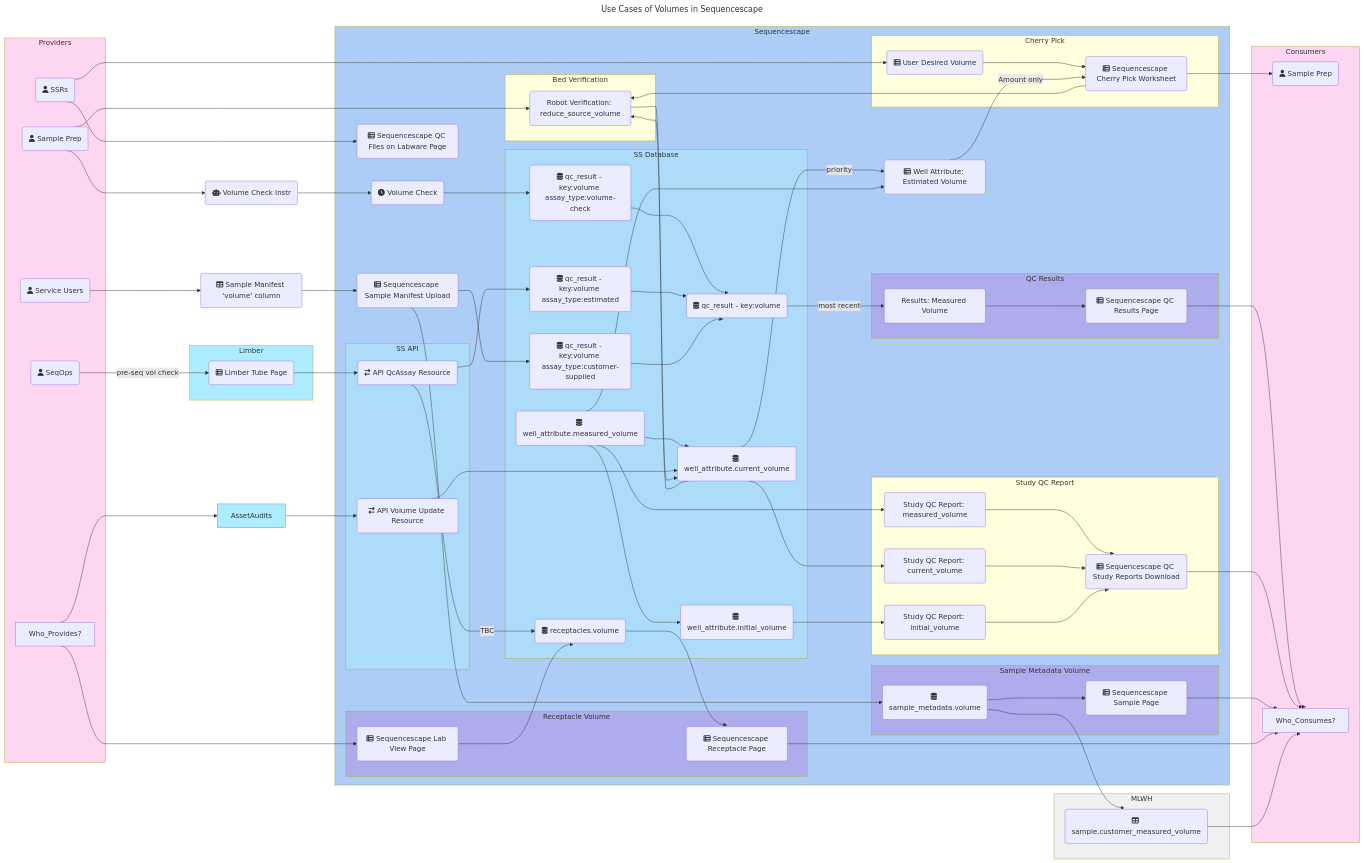
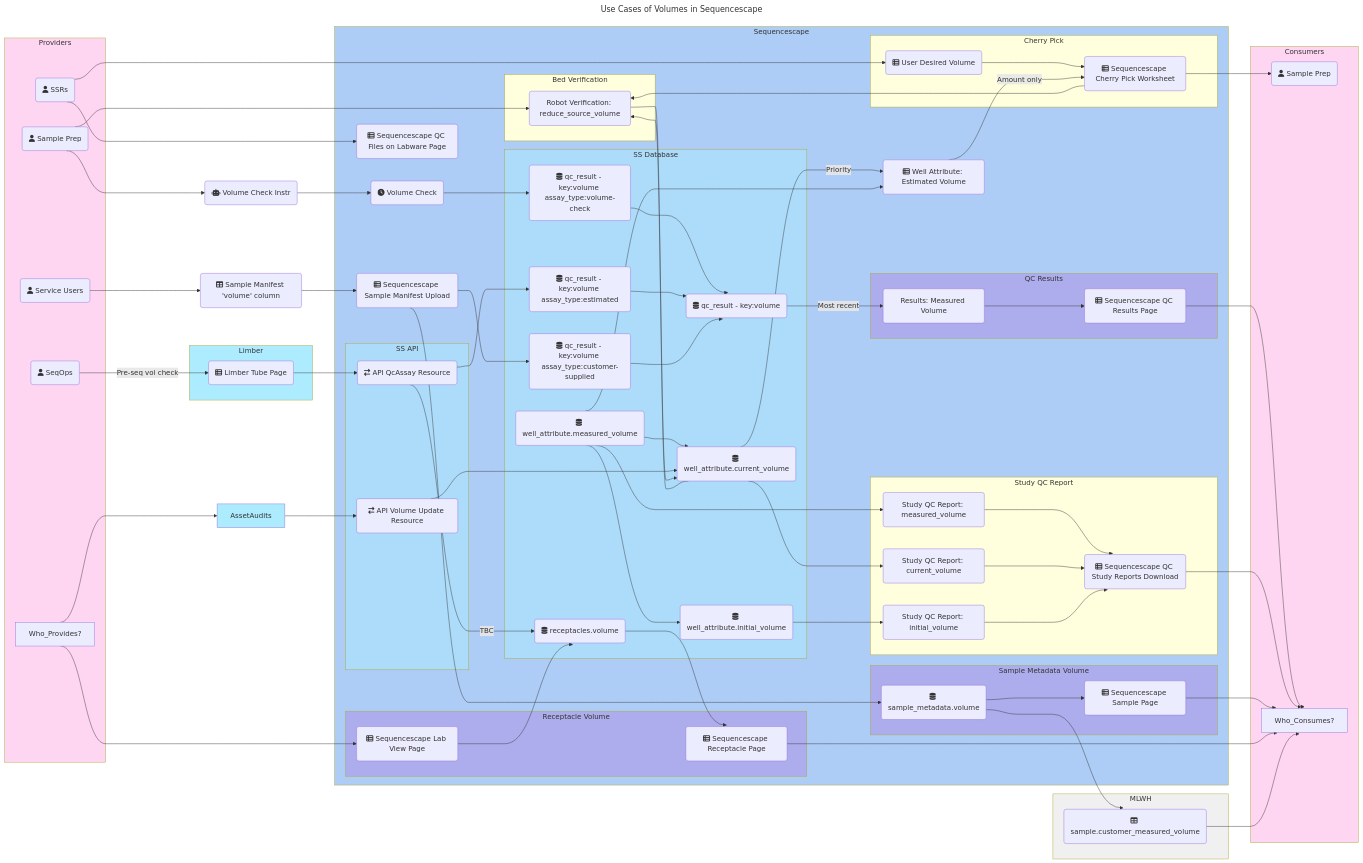
One commit to sanger/sequencescape changed the diagram in volume-uses.mermaid. Above: the diagram before and after it, drawn with Mermaid.

Commit message:
Sentence-case arrow labels

```diff
--- a/volume-uses.mermaid
+++ b/volume-uses.mermaid
@@ -1,169 +1,169 @@
 ---
 title: Use Cases of Volumes in Sequencescape
 ---
 %%{ init: { 
     'flowchart': { 'curve': 'bumpX' },  
     'theme': 'default'
   }
 }%%
 flowchart LR
     %% Nodes
         %% Users
         User_ServiceUsers(fa:fa-user Service Users)
         User_SeqOps(fa:fa-user SeqOps)
         Provider_SamplePrep(fa:fa-user Sample Prep)
         Consumer_SamplePrep(fa:fa-user Sample Prep)
         User_VolCheckInstr(fa:fa-robot Volume Check Instr)
         User_SSR(fa:fa-user SSRs)
         %% Interface
         Pg_LB_Tube(fa:fa-table-list Limber Tube Page)
         Pg_SS_CherryPickWorksheet(fa:fa-table-list Sequencescape Cherry Pick Worksheet)
         Pg_SS_LabView(fa:fa-table-list Sequencescape Lab View Page)
         Pg_SS_QcFileLabware(fa:fa-table-list Sequencescape QC Files on Labware Page)
         Pg_SS_QcResults(fa:fa-table-list Sequencescape QC Results Page)
         Pg_SS_QcStudyReports(fa:fa-table-list Sequencescape QC Study Reports Download)
         Pg_SS_Receptacle(fa:fa-table-list Sequencescape Receptacle Page)
         Pg_SS_Sample(fa:fa-table-list Sequencescape Sample Page)
         Pg_SS_SampleManifestUpload(fa:fa-table-list Sequencescape Sample Manifest Upload)
         %% Components
         CP_SS_DesiredVolume(fa:fa-table-list User Desired Volume)
         CP_SS_CronVolumeCheck(fa:fa-clock Volume Check)
         CP_SS_RobotVerfication(Robot Verification: reduce_source_volume)
         CP_SS_WellAttrEstVol(fa:fa-table-list Well Attribute: Estimated Volume)
         CP_SS_QcResults_MeasVol(Results: Measured Volume)
         CP_SS_StudyReports_MeasVol(Study QC Report: measured_volume)
         CP_SS_StudyReports_CurrentVol(Study QC Report: current_volume)
         CP_SS_StudyReports_InitialVol(Study QC Report: initial_volume)
         %% API
         API_SS_QcAssayResource(fa:fa-arrow-right-arrow-left API QcAssay Resource)
         API_SS_VolumeUpdateResource(fa:fa-arrow-right-arrow-left API Volume Update Resource)
         %% Data
         Mn_SampleVolCol(fa:fa-table Sample Manifest 'volume' column)
         DB_SS_ReceptaclesVol(fa:fa-database receptacles.volume)
         DB_SS_SampleMetDatVol(fa:fa-database sample_metadata.volume)
         DB_SS_QcResultVol(fa:fa-database qc_result - key:volume)
         DB_SS_QcResultVolEst(fa:fa-database qc_result - key:volume assay_type:estimated)
         DB_SS_QcResultVolChk(fa:fa-database qc_result - key:volume assay_type:volume-check)
         DB_SS_QcResultVolCusSup(fa:fa-database qc_result - key:volume assay_type:customer-supplied)
         DB_SS_WellAttrIniVol(fa:fa-database well_attribute.initial_volume)
         DB_SS_WellAttrCurrVol(fa:fa-database well_attribute.current_volume)
         DB_SS_WellAttrMeasVol(fa:fa-database well_attribute.measured_volume)
         DB_MLWH_SampleCustMeasVol(fa:fa-table sample.customer_measured_volume)
 
     %% Groupings of nodes
         subgraph Providers
             User_ServiceUsers
             Provider_SamplePrep
             User_SeqOps
             User_SSR
             %% User_VolCheckInstr
             Who_Provides?
         end
         subgraph Limber
             Pg_LB_Tube
         end
         subgraph Sequencescape
             CP_SS_CronVolumeCheck
             CP_SS_WellAttrEstVol
             Pg_SS_QcFileLabware
             Pg_SS_SampleManifestUpload
 
             subgraph Graph_SS_SMV["Sample Metadata Volume"]
                 DB_SS_SampleMetDatVol
                 Pg_SS_Sample
             end
             subgraph Graph_SS_RV["Receptacle Volume"]
                 Pg_SS_LabView
                 Pg_SS_Receptacle
             end
             subgraph Graph_SS_QC["QC Results"]
                 CP_SS_QcResults_MeasVol
                 Pg_SS_QcResults
             end
             subgraph Graph_SS_SR["Study QC Report"]
                 CP_SS_StudyReports_MeasVol
                 CP_SS_StudyReports_CurrentVol
                 CP_SS_StudyReports_InitialVol
                 Pg_SS_QcStudyReports
             end
             subgraph Graph_SS_CP["Cherry Pick"]
                 CP_SS_DesiredVolume
                 Pg_SS_CherryPickWorksheet
             end
             subgraph Graph_SS_BedVeri["Bed Verification"]
                 CP_SS_RobotVerfication
             end
             subgraph Graph_SS_DB["SS Database"]
                 DB_SS_QcResultVol
                 DB_SS_QcResultVolChk --> DB_SS_QcResultVol
                 DB_SS_QcResultVolEst --> DB_SS_QcResultVol
                 DB_SS_QcResultVolCusSup --> DB_SS_QcResultVol
                 DB_SS_WellAttrMeasVol
                 DB_SS_WellAttrMeasVol --> DB_SS_WellAttrIniVol
                 DB_SS_WellAttrMeasVol --> DB_SS_WellAttrCurrVol
                 DB_SS_ReceptaclesVol
             end
             subgraph Graph_SS_API["SS API"]
                 API_SS_QcAssayResource
                 API_SS_VolumeUpdateResource
             end
         end
         subgraph MLWH
             DB_MLWH_SampleCustMeasVol
         end
         subgraph Consumers
             Consumer_SamplePrep
             Who_Consumes?
         end
 
     %% Edge connections between nodes
         User_ServiceUsers --> Mn_SampleVolCol --> Pg_SS_SampleManifestUpload --> DB_SS_SampleMetDatVol & DB_SS_QcResultVolCusSup
 
         Provider_SamplePrep --> User_VolCheckInstr --> CP_SS_CronVolumeCheck --> DB_SS_QcResultVolChk
-        User_SeqOps -- pre-seq vol check --> Pg_LB_Tube
+        User_SeqOps -- "Pre-seq vol check" --> Pg_LB_Tube
 
         Pg_LB_Tube --> API_SS_QcAssayResource
         API_SS_QcAssayResource --> DB_SS_QcResultVolEst
         API_SS_QcAssayResource -- TBC --> DB_SS_ReceptaclesVol
 
         Who_Provides? --> AssetAudits --> API_SS_VolumeUpdateResource --> DB_SS_WellAttrCurrVol
 
-        DB_SS_QcResultVol -- most recent --> CP_SS_QcResults_MeasVol --> Pg_SS_QcResults  --> Who_Consumes?
-        DB_SS_WellAttrCurrVol -- priority --> CP_SS_WellAttrEstVol
+        DB_SS_QcResultVol -- Most recent --> CP_SS_QcResults_MeasVol --> Pg_SS_QcResults  --> Who_Consumes?
+        DB_SS_WellAttrCurrVol -- Priority --> CP_SS_WellAttrEstVol
         DB_SS_WellAttrMeasVol --> CP_SS_WellAttrEstVol
 
         DB_SS_WellAttrMeasVol --> CP_SS_StudyReports_MeasVol --> Pg_SS_QcStudyReports
         DB_SS_WellAttrCurrVol --> CP_SS_StudyReports_CurrentVol --> Pg_SS_QcStudyReports
         DB_SS_WellAttrIniVol --> CP_SS_StudyReports_InitialVol --> Pg_SS_QcStudyReports
         Pg_SS_QcStudyReports --> Who_Consumes?
 
         %% Cherry Pick
         User_SSR --> CP_SS_DesiredVolume --> Pg_SS_CherryPickWorksheet --> Consumer_SamplePrep
         CP_SS_WellAttrEstVol -- Amount only --> Pg_SS_CherryPickWorksheet
 
         Pg_SS_CherryPickWorksheet --> CP_SS_RobotVerfication
         %% Bed Verification
         DB_SS_WellAttrCurrVol --> CP_SS_RobotVerfication --> DB_SS_WellAttrCurrVol
         Provider_SamplePrep --> CP_SS_RobotVerfication
 
         DB_SS_SampleMetDatVol --> Pg_SS_Sample --> Who_Consumes?
         Who_Provides? --> Pg_SS_LabView --> DB_SS_ReceptaclesVol --> Pg_SS_Receptacle --> Who_Consumes?
 
         DB_SS_SampleMetDatVol --> DB_MLWH_SampleCustMeasVol --> Who_Consumes?
 
         User_SSR --> Pg_SS_QcFileLabware
 
     %% Subgraph styling
         classDef Users fill:#FFD6F1;
         classDef Application fill:#adecff;
         classDef Sequencescape fill:#adccf6;
         classDef SequencescapeSub fill:#ADDCFB;
         classDef SequencescapeOrig fill:#ADACEC;
         classDef MLWH fill:#f0f0f0;
 
         class Providers,Consumers Users;
         class AssetAudits,Limber,MLWH Application;
         class Sequencescape Sequencescape;
         class Graph_SS_API,Graph_SS_DB SequencescapeSub;
         class Graph_SS_SMV,Graph_SS_RV,Graph_SS_QC SequencescapeOrig;
         class MLWH MLWH;
```
